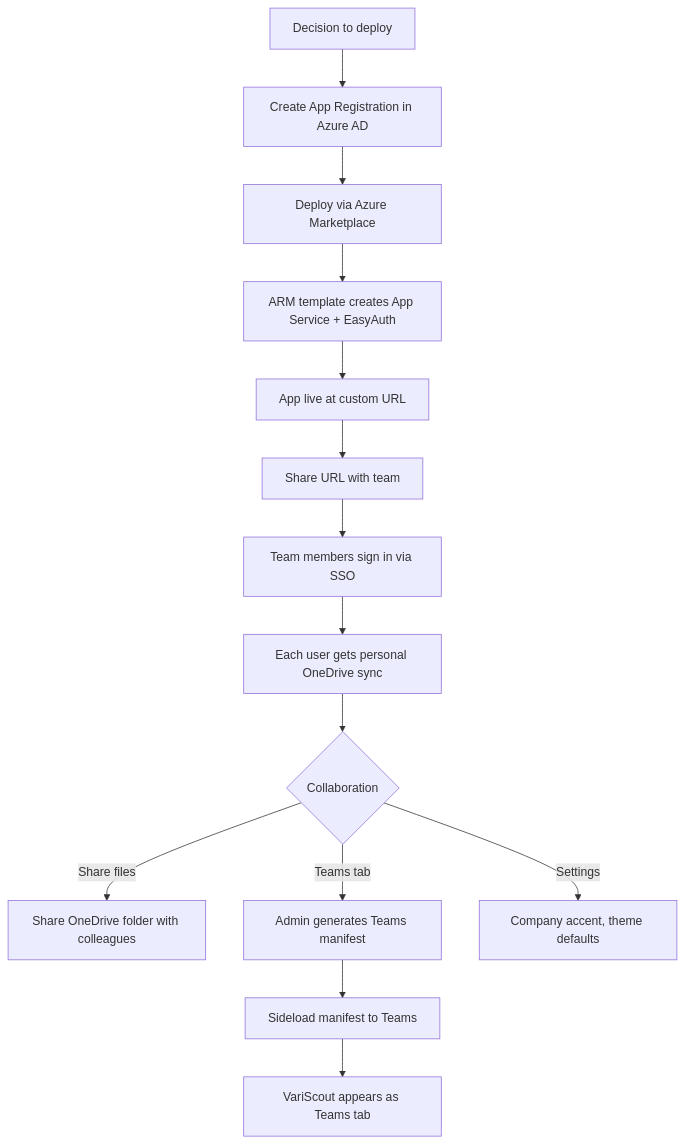
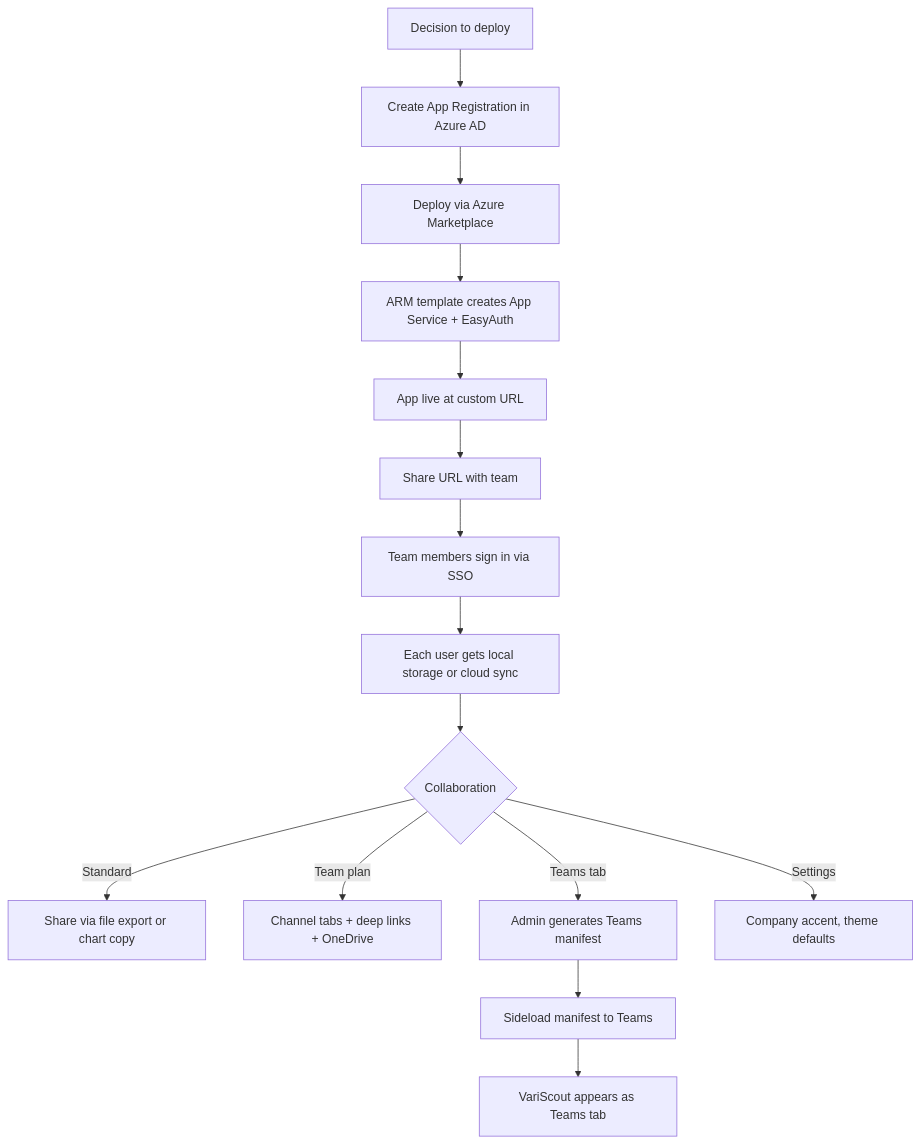
Before and after one commit to jukka-matti/variscout: the first of 2 diagrams in docs/02-journeys/flows/azure-team-collaboration.md, drawn with Mermaid. The commit also changed other lines of this file and 7 other files, not shown here.

````diff
--- a/docs/02-journeys/flows/azure-team-collaboration.md
+++ b/docs/02-journeys/flows/azure-team-collaboration.md
@@ -35,16 +35,17 @@
 ```mermaid
 flowchart TD
     A[Decision to deploy] --> B[Create App Registration in Azure AD]
     B --> C[Deploy via Azure Marketplace]
     C --> D[ARM template creates App Service + EasyAuth]
     D --> E[App live at custom URL]
     E --> F[Share URL with team]
     F --> G[Team members sign in via SSO]
-    G --> H[Each user gets personal OneDrive sync]
+    G --> H[Each user gets local storage or cloud sync]
     H --> I{Collaboration}
-    I -->|Share files| J[Share OneDrive folder with colleagues]
+    I -->|Standard| J[Share via file export or chart copy]
+    I -->|Team plan| J2[Channel tabs + deep links + OneDrive]
     I -->|Teams tab| K[Admin generates Teams manifest]
     K --> L[Sideload manifest to Teams]
     L --> M[VariScout appears as Teams tab]
     I -->|Settings| N[Company accent, theme defaults]
 ```
````
